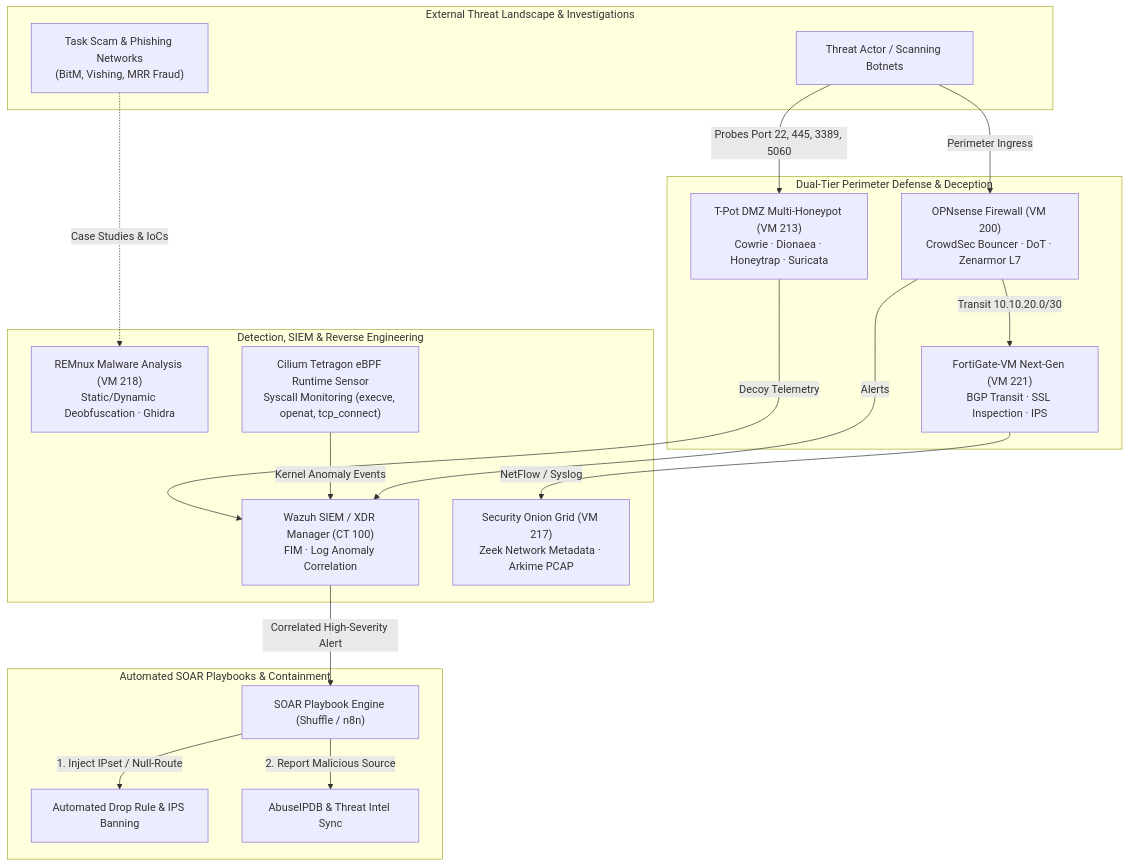
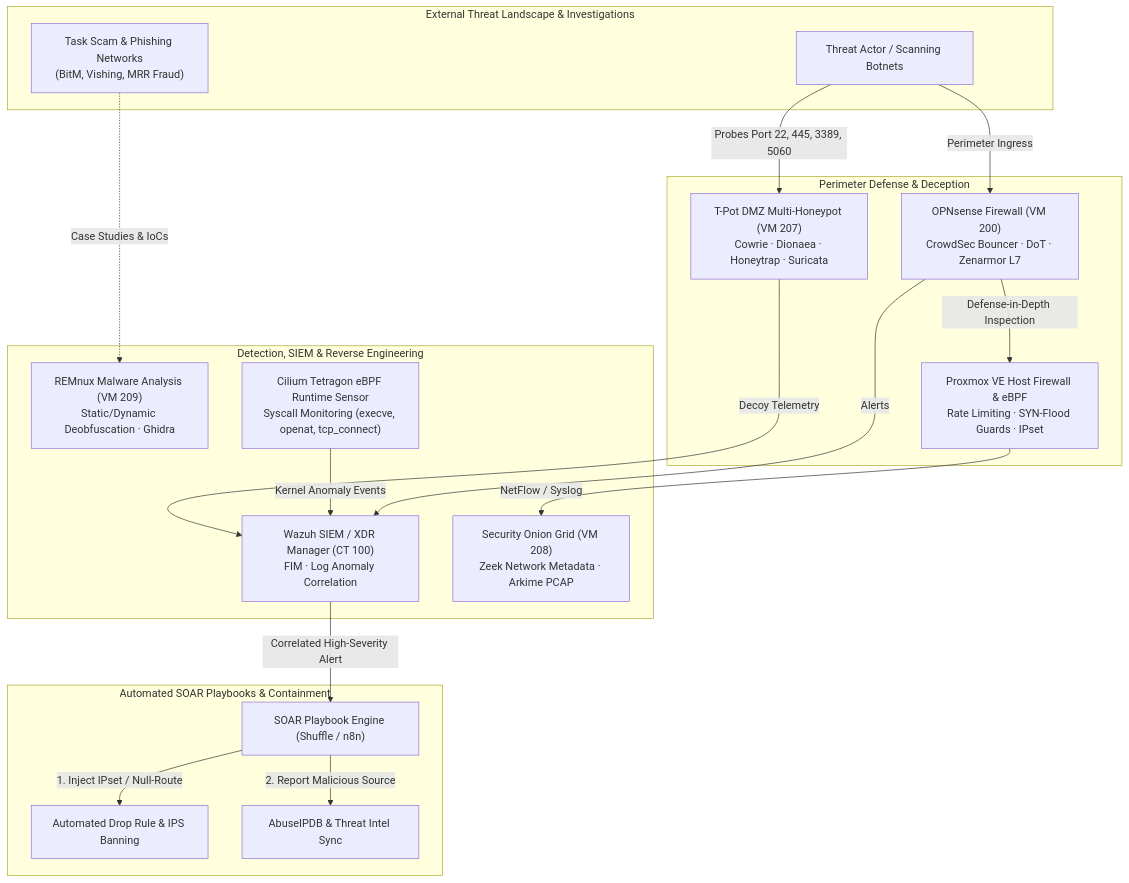
One commit to stefanutc1/datacenter changed diagram 12 of 13 in README.md. Above: the diagram before and after it, drawn with Mermaid. The commit also changed other lines of this file and 40 other files, not shown here.

````diff
--- a/README.md
+++ b/README.md
@@ -685,40 +673,40 @@
 ```mermaid
 flowchart TD
     subgraph External_Threats["External Threat Landscape & Investigations"]
         Attacker["Threat Actor / Scanning Botnets"]
         ScamNet["Task Scam & Phishing Networks<br/>(BitM, Vishing, MRR Fraud)"]
     end
 
-    subgraph Perimeter_Defense["Dual-Tier Perimeter Defense & Deception"]
-        TPot["T-Pot DMZ Multi-Honeypot (VM 213)<br/>Cowrie · Dionaea · Honeytrap · Suricata"]
+    subgraph Perimeter_Defense["Perimeter Defense & Deception"]
+        TPot["T-Pot DMZ Multi-Honeypot (VM 207)<br/>Cowrie · Dionaea · Honeytrap · Suricata"]
         OPN["OPNsense Firewall (VM 200)<br/>CrowdSec Bouncer · DoT · Zenarmor L7"]
-        FGT["FortiGate-VM Next-Gen (VM 221)<br/>BGP Transit · SSL Inspection · IPS"]
+        PVEFW["Proxmox VE Host Firewall & eBPF<br/>Rate Limiting · SYN-Flood Guards · IPset"]
     end
 
     subgraph Detection_Analysis["Detection, SIEM & Reverse Engineering"]
         Wazuh["Wazuh SIEM / XDR Manager (CT 100)<br/>FIM · Log Anomaly Correlation"]
-        SecOnion["Security Onion Grid (VM 217)<br/>Zeek Network Metadata · Arkime PCAP"]
-        Remnux["REMnux Malware Analysis (VM 218)<br/>Static/Dynamic Deobfuscation · Ghidra"]
+        SecOnion["Security Onion Grid (VM 208)<br/>Zeek Network Metadata · Arkime PCAP"]
+        Remnux["REMnux Malware Analysis (VM 209)<br/>Static/Dynamic Deobfuscation · Ghidra"]
         Tetra["Cilium Tetragon eBPF Runtime Sensor<br/>Syscall Monitoring (execve, openat, tcp_connect)"]
     end
 
     subgraph Autonomous_SOAR["Automated SOAR Playbooks & Containment"]
         SOAR["SOAR Playbook Engine (Shuffle / n8n)"]
         FirewallAPI["Automated Drop Rule & IPS Banning"]
         ThreatFeed["AbuseIPDB & Threat Intel Sync"]
     end
 
     Attacker -->|Probes Port 22, 445, 3389, 5060| TPot
     Attacker -->|Perimeter Ingress| OPN
-    OPN -->|Transit 10.10.20.0/30| FGT
+    OPN -->|Defense-in-Depth Inspection| PVEFW
     ScamNet -.->|Case Studies & IoCs| Remnux
 
     TPot -->|Decoy Telemetry| Wazuh
     Tetra -->|Kernel Anomaly Events| Wazuh
-    FGT -->|NetFlow / Syslog| SecOnion
+    PVEFW -->|NetFlow / Syslog| SecOnion
     OPN -->|Alerts| Wazuh
 
     Wazuh -->|Correlated High-Severity Alert| SOAR
     SOAR -->|1. Inject IPset / Null-Route| FirewallAPI
     SOAR -->|2. Report Malicious Source| ThreatFeed
 ```
````
